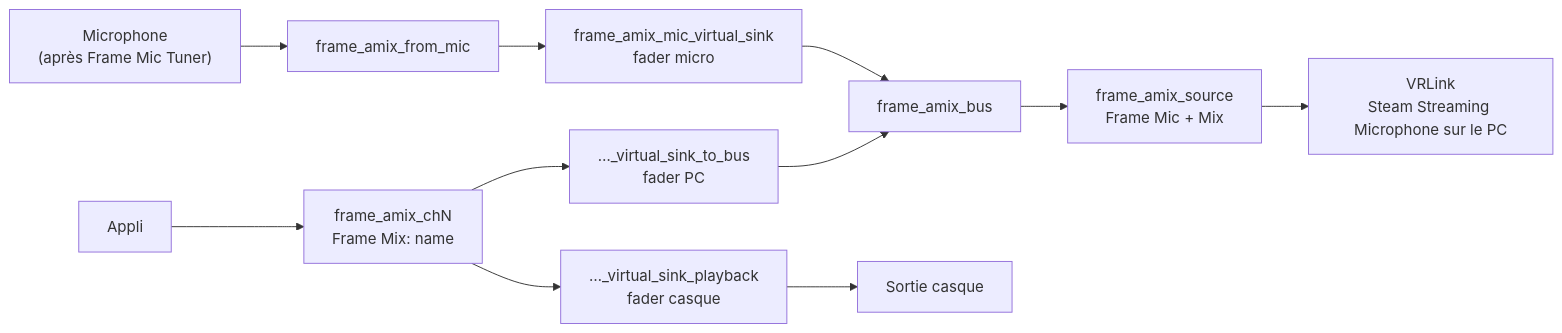
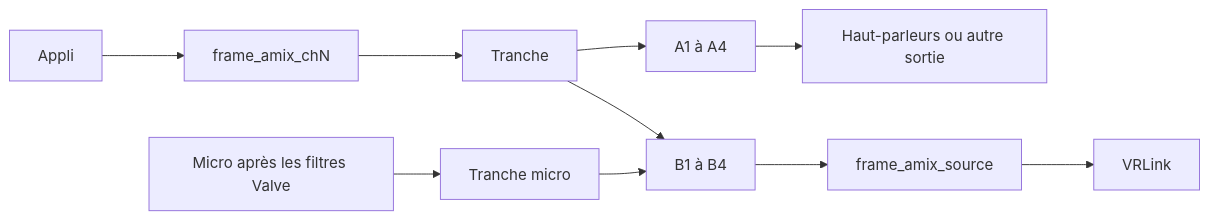
The diagram in docs/how-it-works.fr.md (marcus-universe/frame-audio-mixer), drawn with Mermaid before and after one commit. The commit also changed other lines of this file and 47 other files, not shown here.

````diff
--- a/docs/how-it-works.fr.md
+++ b/docs/how-it-works.fr.md
@@ -7,11 +7,12 @@
 ```mermaid
 flowchart LR
-    mic["Microphone<br/>(après Frame Mic Tuner)"] --> from_mic[frame_amix_from_mic]
-    from_mic --> mic_fader["frame_amix_mic_virtual_sink<br/>fader micro"]
-    mic_fader --> bus[frame_amix_bus]
-    app["Appli"] --> sink["frame_amix_chN<br/>Frame Mix: name"]
-    sink --> phones["…_virtual_sink_playback<br/>fader casque"] --> out["Sortie casque"]
-    sink --> to_bus["…_virtual_sink_to_bus<br/>fader PC"] --> bus
-    bus --> source["frame_amix_source<br/>Frame Mic + Mix"]
-    source --> vrlink["VRLink<br/>Steam Streaming Microphone sur le PC"]
+  appA[Appli] --> chSink["frame_amix_chN"]
+  micSrc["Micro après les filtres Valve"] --> micStrip["Tranche micro"]
+  chSink --> chStrip["Tranche"]
+  chStrip --> busA["A1 à A4"]
+  chStrip --> busB["B1 à B4"]
+  micStrip --> busB
+  busA --> speakers["Haut-parleurs ou autre sortie"]
+  busB --> frameMix["frame_amix_source"]
+  frameMix --> vrlink["VRLink"]
 ```
````
